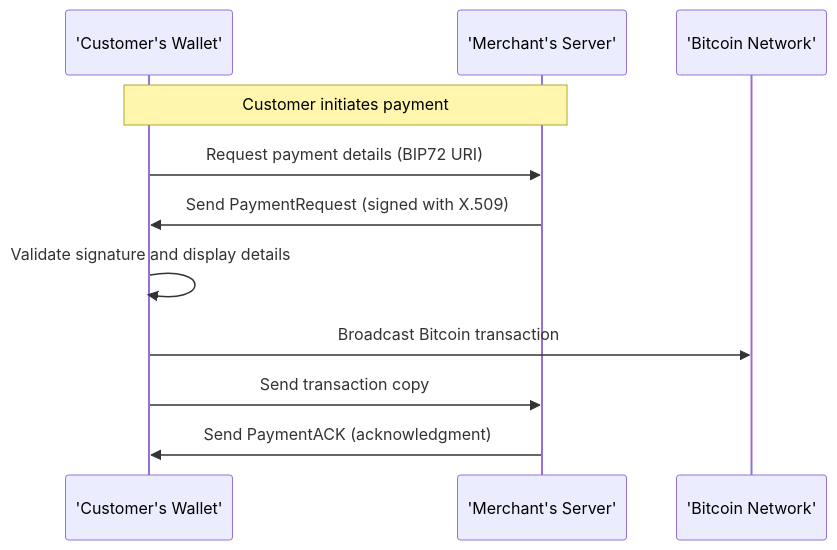
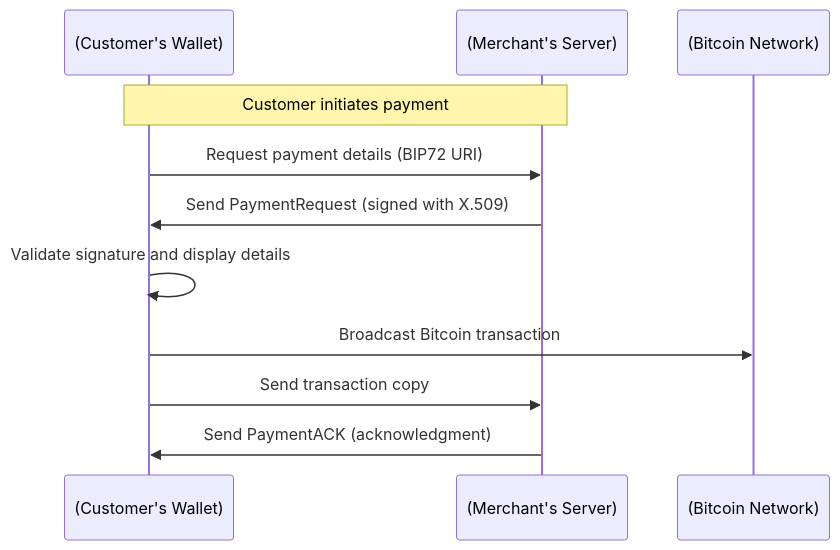
The diagram in docs/bip70-mermaid.md (cqhung1412/bip70-multisign-demo), drawn with Mermaid before and after one commit.

````diff
--- a/docs/bip70-mermaid.md
+++ b/docs/bip70-mermaid.md
@@ -1,14 +1,14 @@
 ```mermaid
 sequenceDiagram
-    participant Customer as 'Customer's Wallet'
-    participant Merchant as 'Merchant's Server'
-    participant Network as 'Bitcoin Network'
+    participant Customer as (Customer's Wallet)
+    participant Merchant as (Merchant's Server)
+    participant Network as (Bitcoin Network)
 
     Note over Customer,Merchant: Customer initiates payment
     Customer->>Merchant: Request payment details (BIP72 URI)
     Merchant->>Customer: Send PaymentRequest (signed with X.509)
     Customer->>Customer: Validate signature and display details
     Customer->>Network: Broadcast Bitcoin transaction
     Customer->>Merchant: Send transaction copy
     Merchant->>Customer: Send PaymentACK (acknowledgment)
 ```
````
